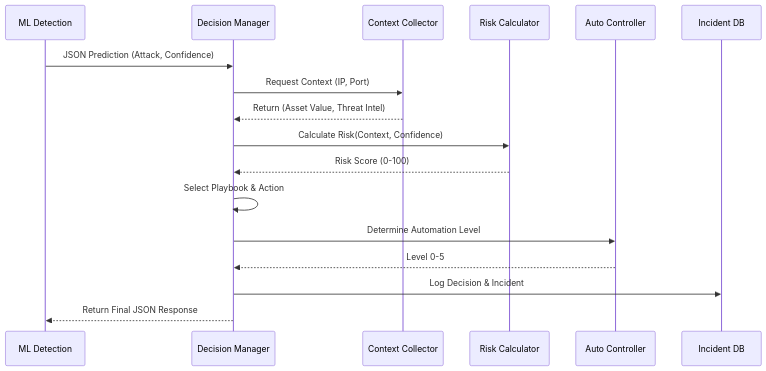
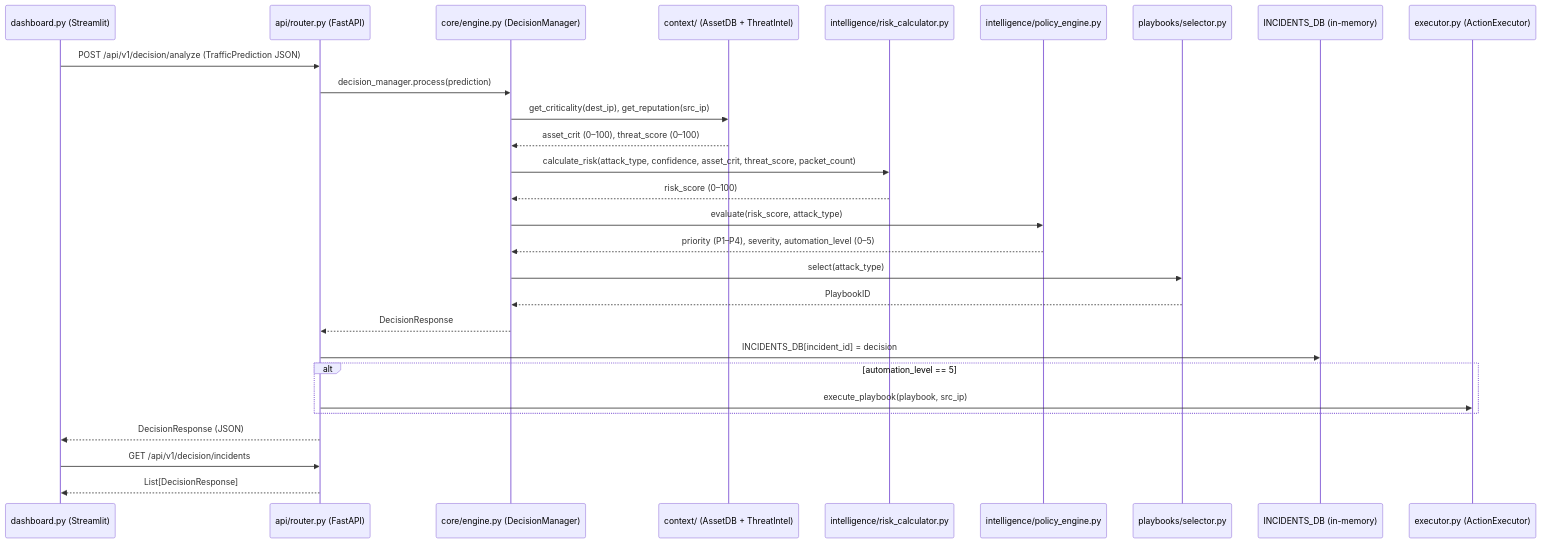
Before and after one commit to HcDragon/decisionEngineSoc: the diagram in Decision_Engine_Architecture.md, drawn with Mermaid. The commit also changed other lines of this file and 2 other files, not shown here.

````diff
--- a/Decision_Engine_Architecture.md
+++ b/Decision_Engine_Architecture.md
@@ -135,20 +270,31 @@
 ```mermaid
 sequenceDiagram
-    participant ML as ML Detection
-    participant DM as Decision Manager
-    participant CC as Context Collector
-    participant RC as Risk Calculator
-    participant AC as Auto Controller
-    participant DB as Incident DB
+    participant UI as dashboard.py (Streamlit)
+    participant API as api/router.py (FastAPI)
+    participant DM as core/engine.py (DecisionManager)
+    participant CTX as context/ (AssetDB + ThreatIntel)
+    participant RC as intelligence/risk_calculator.py
+    participant PE as intelligence/policy_engine.py
+    participant PS as playbooks/selector.py
+    participant DB as INCIDENTS_DB (in-memory)
+    participant EX as executor.py (ActionExecutor)
 
-    ML->>DM: JSON Prediction (Attack, Confidence)
-    DM->>CC: Request Context (IP, Port)
-    CC-->>DM: Return (Asset Value, Threat Intel)
-    DM->>RC: Calculate Risk(Context, Confidence)
-    RC-->>DM: Risk Score (0-100)
-    DM->>DM: Select Playbook & Action
-    DM->>AC: Determine Automation Level
-    AC-->>DM: Level 0-5
-    DM->>DB: Log Decision & Incident
-    DM-->>ML: Return Final JSON Response
+    UI->>API: POST /api/v1/decision/analyze (TrafficPrediction JSON)
+    API->>DM: decision_manager.process(prediction)
+    DM->>CTX: get_criticality(dest_ip), get_reputation(src_ip)
+    CTX-->>DM: asset_crit (0–100), threat_score (0–100)
+    DM->>RC: calculate_risk(attack_type, confidence, asset_crit, threat_score, packet_count)
+    RC-->>DM: risk_score (0–100)
+    DM->>PE: evaluate(risk_score, attack_type)
+    PE-->>DM: priority (P1–P4), severity, automation_level (0–5)
+    DM->>PS: select(attack_type)
+    PS-->>DM: PlaybookID
+    DM-->>API: DecisionResponse
+    API->>DB: INCIDENTS_DB[incident_id] = decision
+    alt automation_level == 5
+        API->>EX: execute_playbook(playbook, src_ip)
+    end
+    API-->>UI: DecisionResponse (JSON)
+    UI->>API: GET /api/v1/decision/incidents
+    API-->>UI: List[DecisionResponse]
 ```
````
